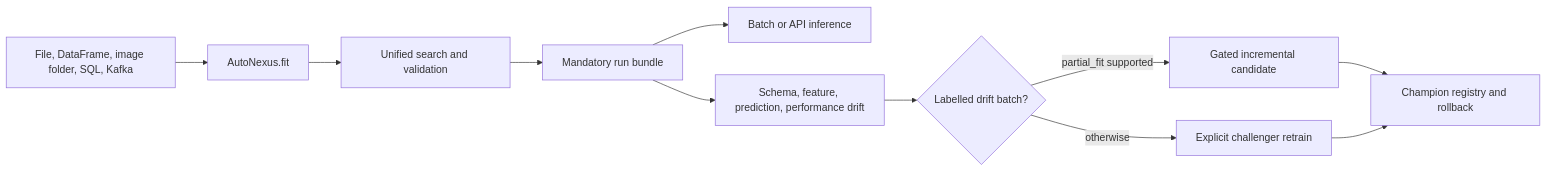
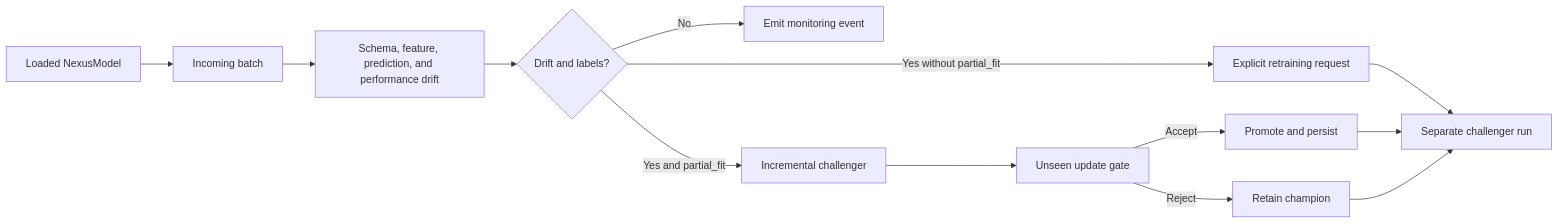
One commit to dineshmc1/AutoNexus changed the third of 3 diagrams in README.md. Above: the diagram before and after it, drawn with Mermaid. The commit also changed other lines of this file, not shown here.

Commit message:
docs: overhaul README with comprehensive architecture, methodology, and feature specifications

````diff
--- a/README.md
+++ b/README.md
@@ -139,13 +579,15 @@
 ```mermaid
 flowchart LR
-    Data[File, DataFrame, image folder, SQL, Kafka] --> Fit[AutoNexus.fit]
-    Fit --> Search[Unified search and validation]
-    Search --> Bundle[Mandatory run bundle]
-    Bundle --> Predict[Batch or API inference]
-    Bundle --> Monitor[Schema, feature, prediction, performance drift]
-    Monitor --> Gate{Labelled drift batch?}
-    Gate -->|partial_fit supported| Update[Gated incremental candidate]
-    Gate -->|otherwise| Retrain[Explicit challenger retrain]
-    Update --> Registry[Champion registry and rollback]
-    Retrain --> Registry
+    Model[Loaded NexusModel] --> Batch[Incoming batch]
+    Batch --> Drift[Schema, feature, prediction, and performance drift]
+    Drift --> Policy{Drift and labels?}
+    Policy -->|No| Observe[Emit monitoring event]
+    Policy -->|Yes and partial_fit| Candidate[Incremental challenger]
+    Policy -->|Yes without partial_fit| Retrain[Explicit retraining request]
+    Candidate --> Gate[Unseen update gate]
+    Gate -->|Accept| Promote[Promote and persist]
+    Gate -->|Reject| Champion[Retain champion]
+    Retrain --> Registry[Separate challenger run]
+    Promote --> Registry
+    Champion --> Registry
 ```
````
